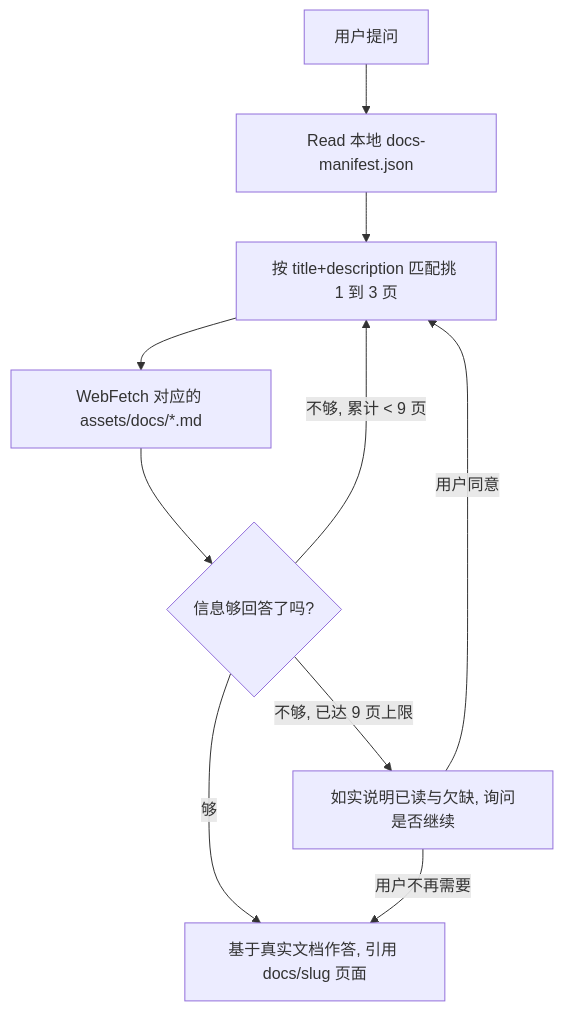
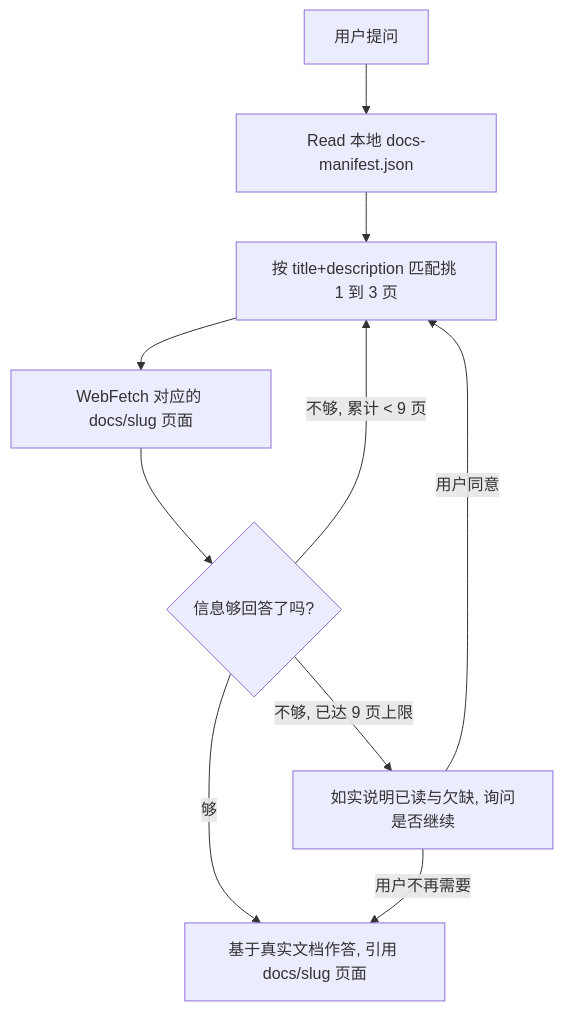
One commit to MacHu-GWU/shsk_coding_agent_docs-project changed the diagram in .claude/skills/coding-agent-docs/skills/antigravity-docs/README-cn.md. Above: the diagram before and after it, drawn with Mermaid. The commit also changed other lines of this file and 10 other files, not shown here.

````diff
--- a/.claude/skills/coding-agent-docs/skills/antigravity-docs/README-cn.md
+++ b/.claude/skills/coding-agent-docs/skills/antigravity-docs/README-cn.md
@@ -50,12 +52,12 @@
 ```mermaid
 flowchart TD
     A[用户提问] --> B[Read 本地 docs-manifest.json]
     B --> C[按 title+description 匹配挑 1 到 3 页]
-    C --> D[WebFetch 对应的 assets/docs/*.md]
+    C --> D[WebFetch 对应的 docs/slug 页面]
     D --> E{信息够回答了吗?}
     E -->|够| F[基于真实文档作答, 引用 docs/slug 页面]
     E -->|不够, 累计 < 9 页| C
     E -->|不够, 已达 9 页上限| G[如实说明已读与欠缺, 询问是否继续]
     G -->|用户同意| C
     G -->|用户不再需要| F
 ```
````
